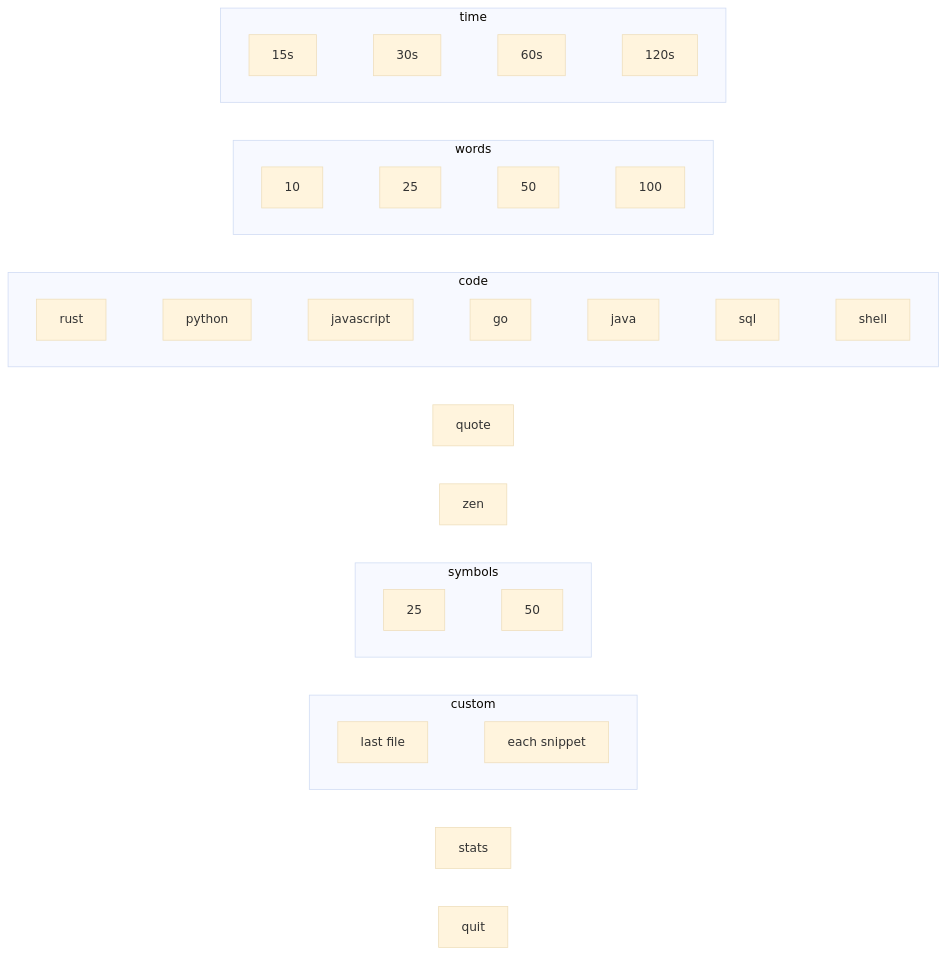
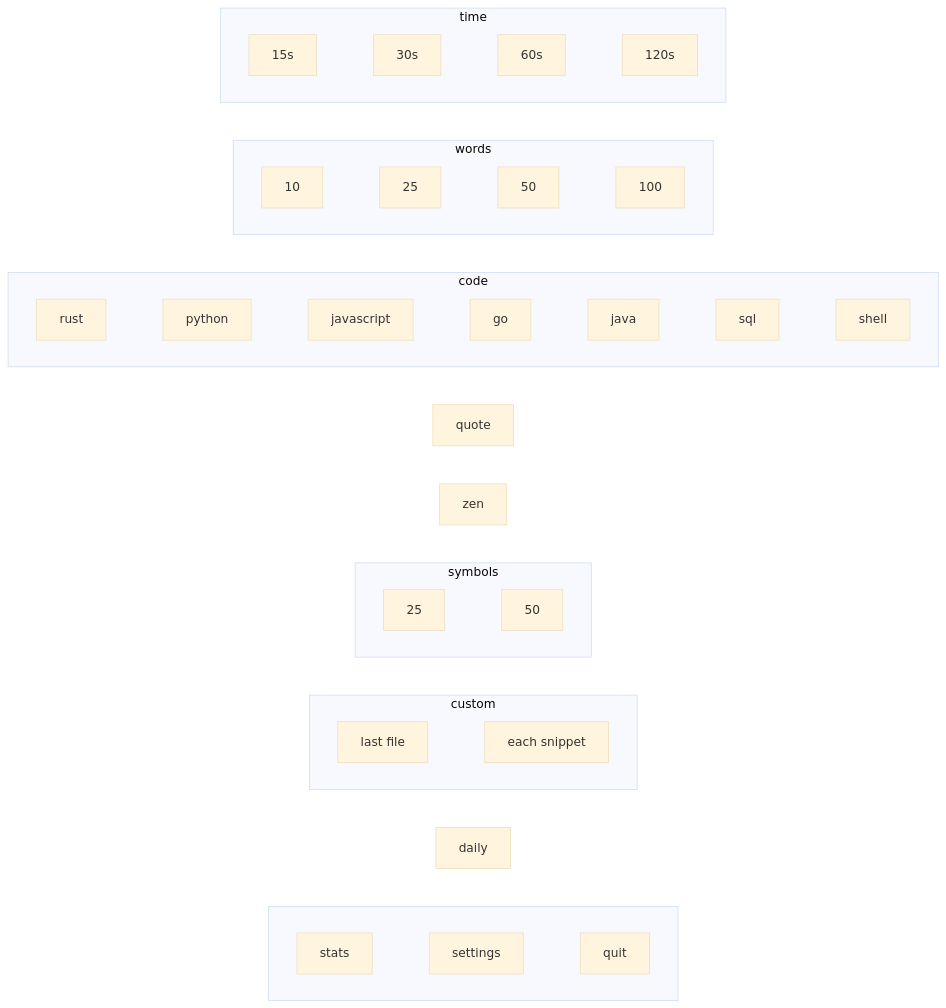
One commit to withrvr/typerush changed the first of 2 diagrams in docs/USAGE.md. Above: the diagram before and after it, drawn with Mermaid (base theme). The commit also changed other lines of this file and 10 other files, not shown here.

First line of the commit message:
docs: v0.5.0 — usage, architecture, learnings, changelog; version 0.5.0

````diff
--- a/docs/USAGE.md
+++ b/docs/USAGE.md
@@ -123,24 +187,28 @@
 ```mermaid
 flowchart TD
     subgraph time
         direction LR
         t15[15s] ~~~ t30[30s] ~~~ t60[60s] ~~~ t120[120s]
     end
     subgraph words
         direction LR
         w10[10] ~~~ w25[25] ~~~ w50[50] ~~~ w100[100]
     end
     subgraph code
         direction LR
         rust ~~~ python ~~~ javascript ~~~ go ~~~ java ~~~ sql ~~~ shell
     end
     subgraph symbols
         direction LR
         s25[25] ~~~ s50[50]
     end
     subgraph custom
         direction LR
         last["last file"] ~~~ snip["each snippet"]
     end
-    time ~~~ words ~~~ code ~~~ quote ~~~ zen ~~~ symbols ~~~ custom ~~~ stats ~~~ quit
+    subgraph app[" "]
+        direction LR
+        stats ~~~ settings ~~~ quit
+    end
+    time ~~~ words ~~~ code ~~~ quote ~~~ zen ~~~ symbols ~~~ custom ~~~ daily ~~~ app
 ```
````
